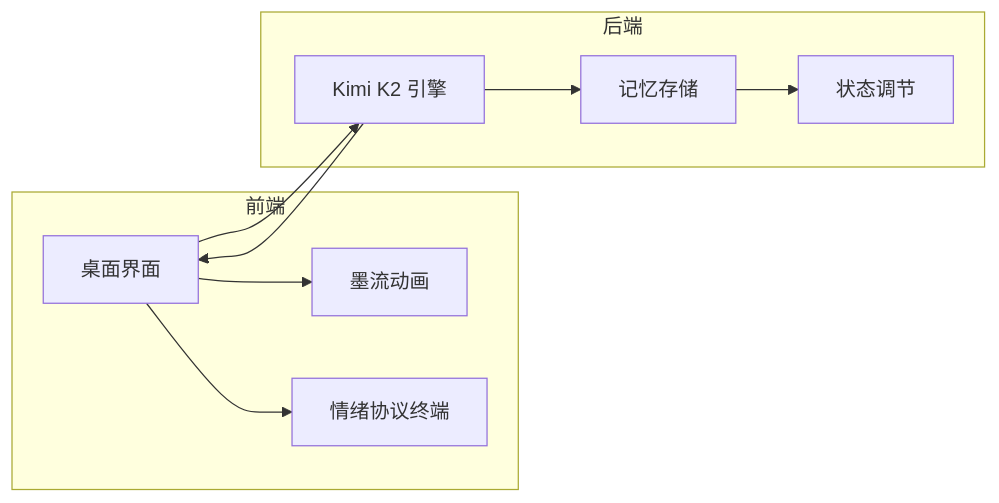
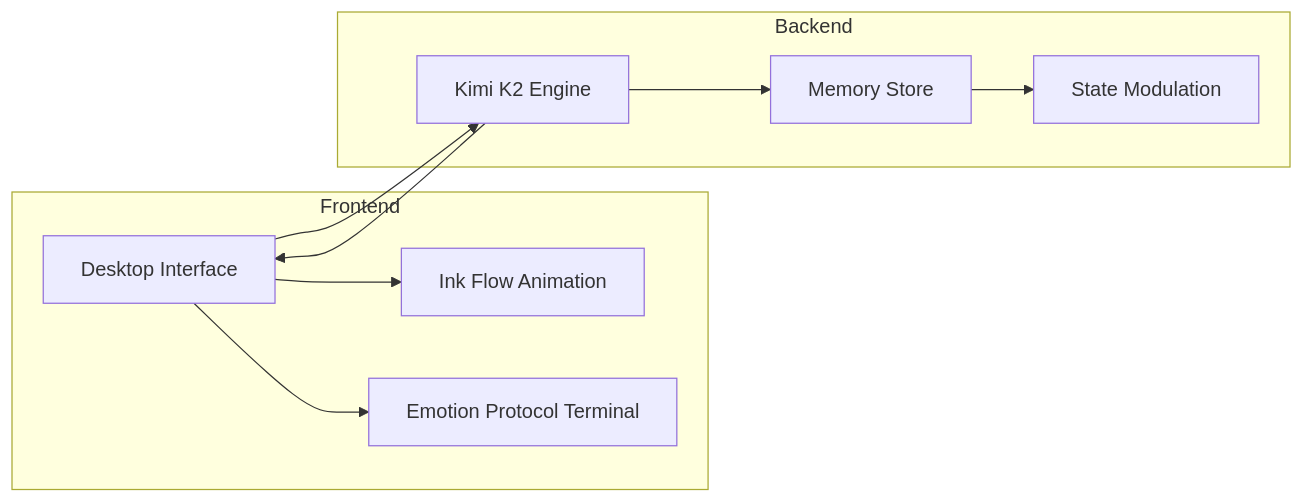
One commit to AceAIlov/Mollyslab changed the second of 2 diagrams in README.md. Above: the diagram before and after it, drawn with Mermaid. The commit also changed other lines of this file, not shown here.

````diff
--- a/README.md
+++ b/README.md
@@ -72,15 +69,15 @@
 ```mermaid
 graph LR
-  subgraph 前端
-  UI[桌面界面] --> Ink[墨流动画]
-  UI --> Terminal[情绪协议终端]
+  subgraph Frontend
+  UI[Desktop Interface] --> Ink[Ink Flow Animation]
+  UI --> Terminal[Emotion Protocol Terminal]
   end
 
-  subgraph 后端
-  Engine[Kimi K2 引擎] --> Memory[记忆存储]
-  Memory --> State[状态调节]
+  subgraph Backend
+  Engine[Kimi K2 Engine] --> Memory[Memory Store]
+  Memory --> State[State Modulation]
   end
 
   UI --> Engine
   Engine --> UI
 ```
````
